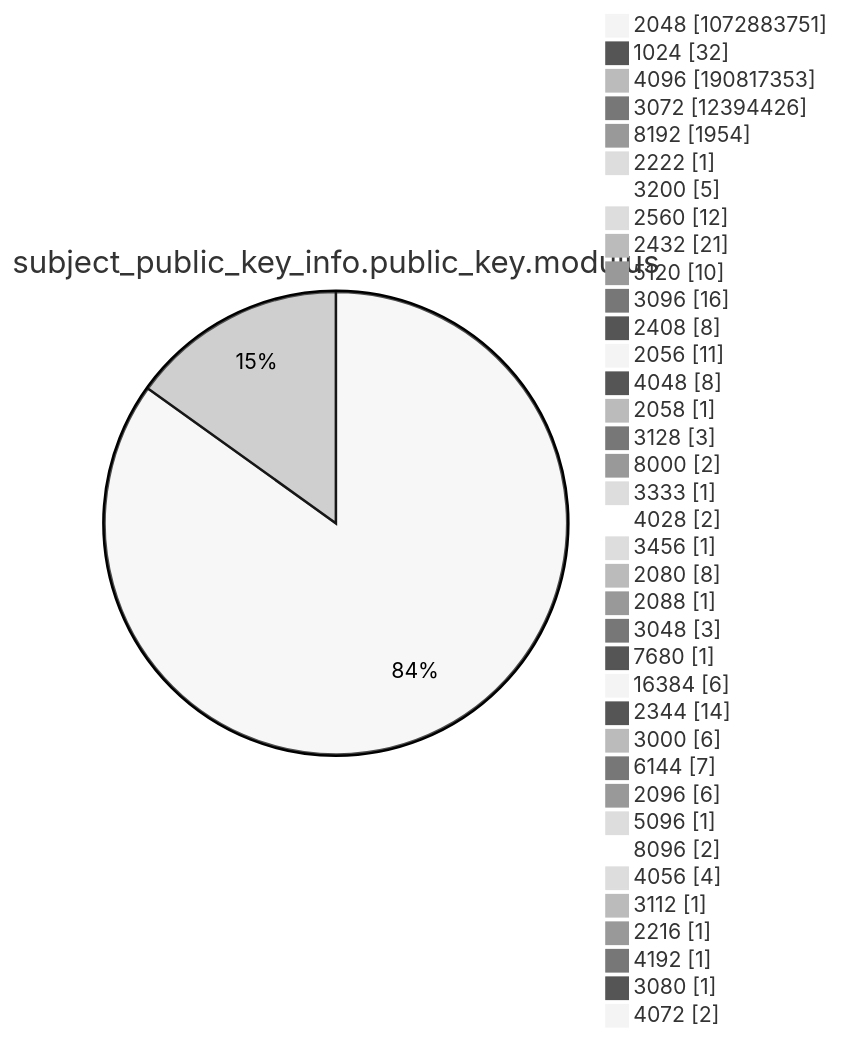
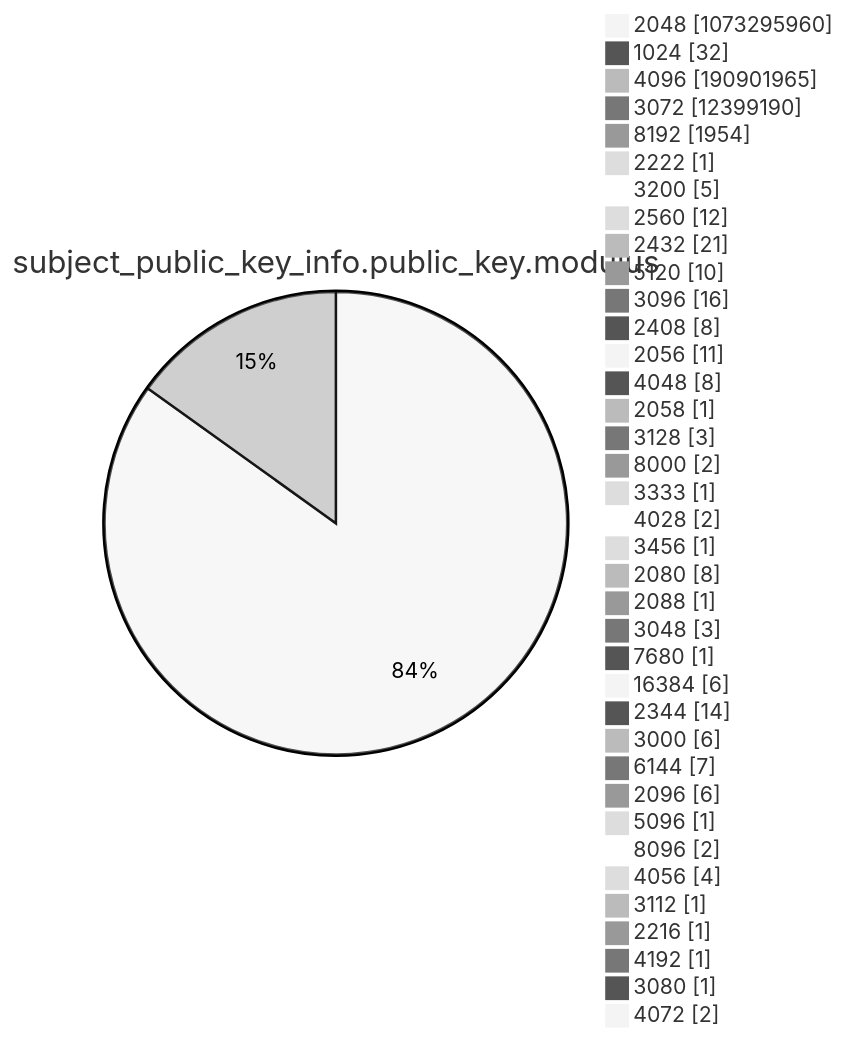
Before and after one commit to christiankrug/ctmonitor_visualization: diagram 13 of 15 in argon2022/README.md, drawn with Mermaid (neutral theme). The commit also changed other lines of this file, not shown here.

````diff
--- a/argon2022/README.md
+++ b/argon2022/README.md
@@ -3589,41 +3589,41 @@
 ```mermaid
 pie showData
 title subject_public_key_info.public_key.modulus
-"2048" :1072883751
+"2048" :1073295960
 "1024" :32
-"4096" :190817353
-"3072" :12394426
+"4096" :190901965
+"3072" :12399190
 "8192" :1954
 "2222" :1
 "3200" :5
 "2560" :12
 "2432" :21
 "5120" :10
 "3096" :16
 "2408" :8
 "2056" :11
 "4048" :8
 "2058" :1
 "3128" :3
 "8000" :2
 "3333" :1
 "4028" :2
 "3456" :1
 "2080" :8
 "2088" :1
 "3048" :3
 "7680" :1
 "16384" :6
 "2344" :14
 "3000" :6
 "6144" :7
 "2096" :6
 "5096" :1
 "8096" :2
 "4056" :4
 "3112" :1
 "2216" :1
 "4192" :1
 "3080" :1
 "4072" :2
 ```
````
